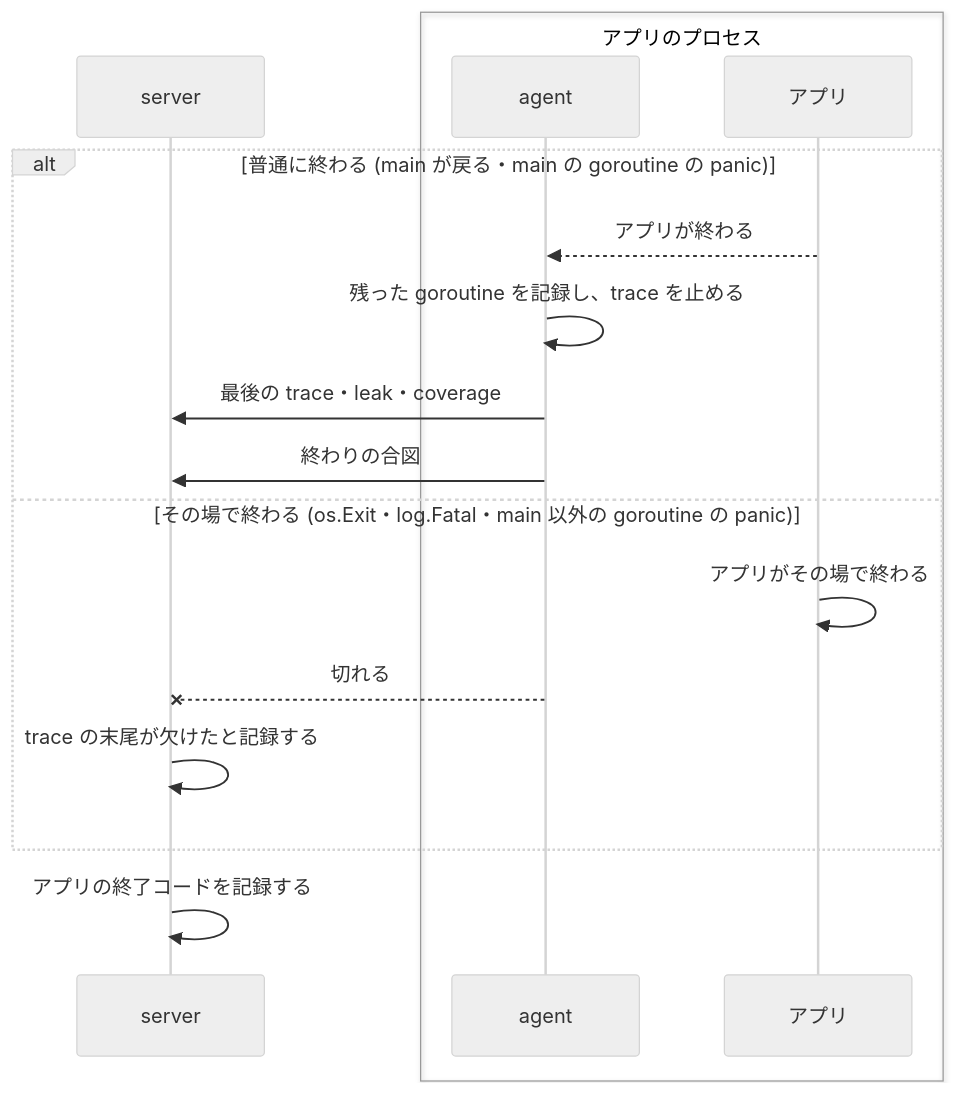
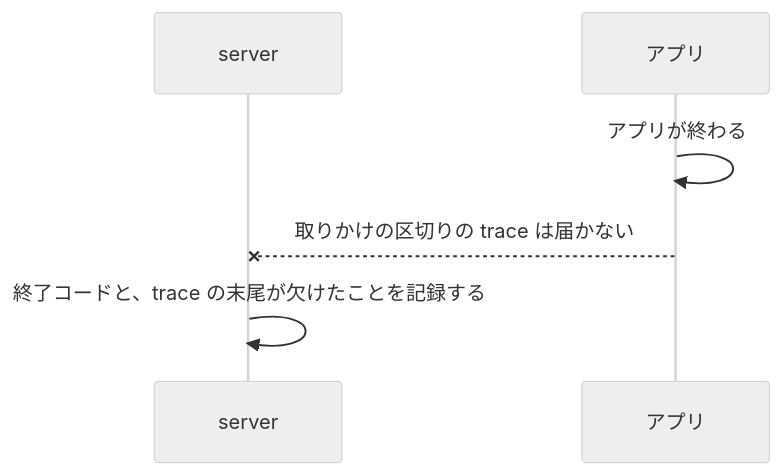
One commit to kakkky/gorviz changed the sixth of 7 diagrams in docs/design.md. Above: the diagram before and after it, drawn with Mermaid (neutral theme). The commit also changed other lines of this file and 62 other files, not shown here.

````diff
--- a/docs/design.md
+++ b/docs/design.md
@@ -255,20 +246,9 @@
 ```mermaid
 sequenceDiagram
     participant S as server
-    box アプリのプロセス
-        participant A as agent
-        participant App as アプリ
-    end
+    participant App as アプリ
 
-    alt 普通に終わる (main が戻る・main の goroutine の panic)
-        App-->>A: アプリが終わる
-        A->>A: 残った goroutine を記録し、trace を止める
-        A->>S: 最後の trace・leak・coverage
-        A->>S: 終わりの合図
-    else その場で終わる (os.Exit・log.Fatal・main 以外の goroutine の panic)
-        App->>App: アプリがその場で終わる
-        A--xS: 切れる
-        S->>S: trace の末尾が欠けたと記録する
-    end
-    S->>S: アプリの終了コードを記録する
+    App->>App: アプリが終わる
+    App--xS: 取りかけの区切りの trace は届かない
+    S->>S: 終了コードと、trace の末尾が欠けたことを記録する
 ```
````
